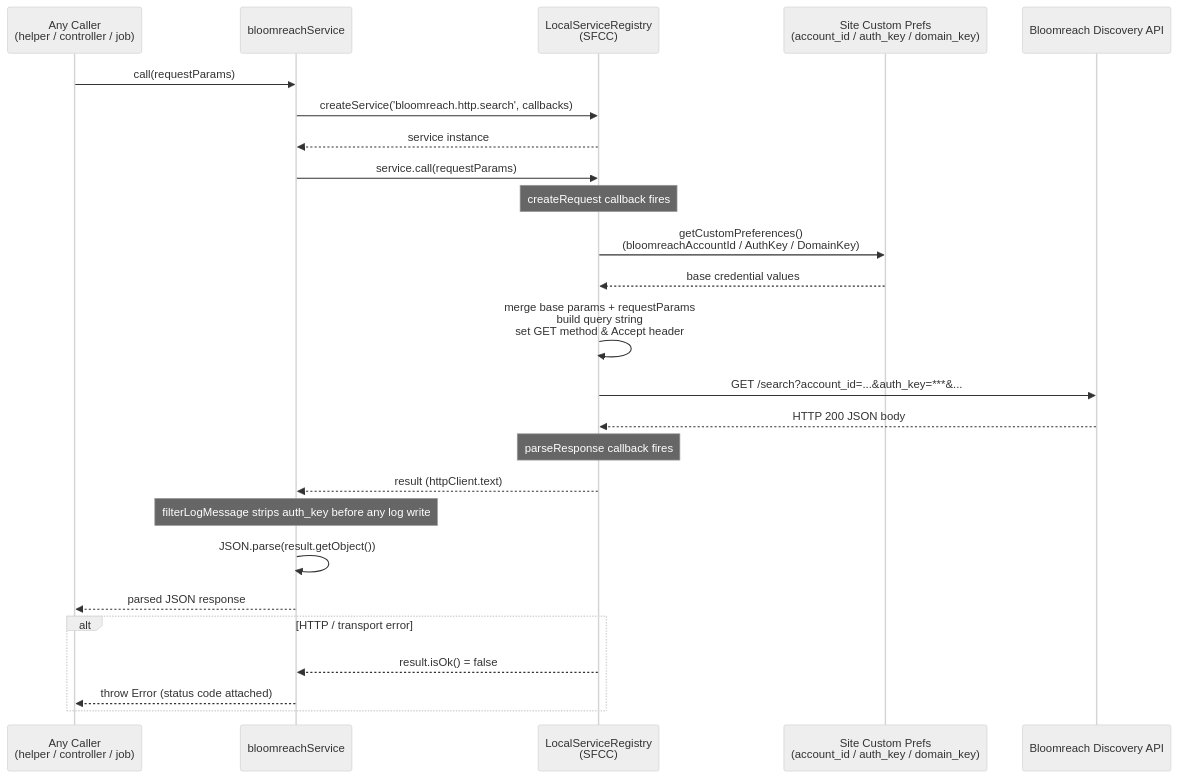
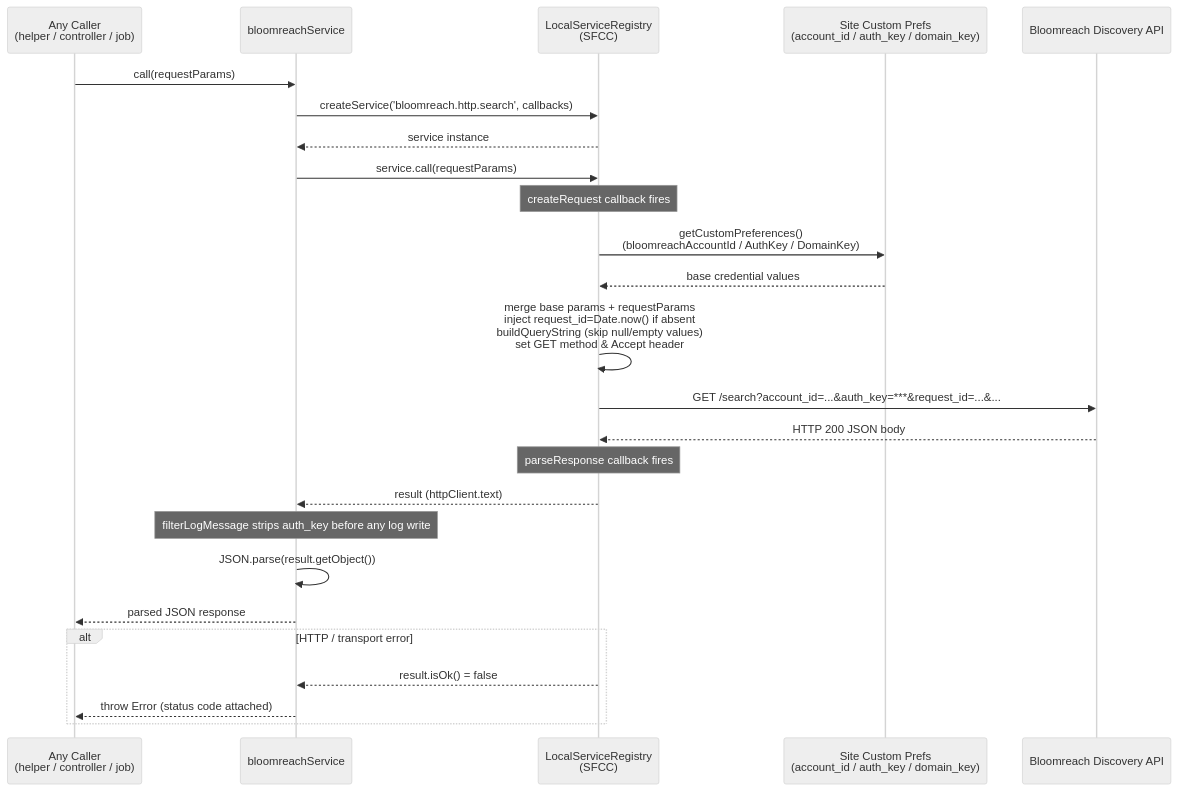
The first of 14 diagrams in docs/sequence-diagrams.md (Pushparajan/bloomreach-sfra), drawn with Mermaid (neutral theme) before and after one commit. The commit also changed other lines of this file, not shown here.

````diff
--- a/docs/sequence-diagrams.md
+++ b/docs/sequence-diagrams.md
@@ -14,33 +14,33 @@
 ```mermaid
 sequenceDiagram
     participant Caller as Any Caller<br/>(helper / controller / job)
     participant bloomreachService as bloomreachService
     participant SFCC_SvcReg as LocalServiceRegistry<br/>(SFCC)
     participant SitePrefs as Site Custom Prefs<br/>(account_id / auth_key / domain_key)
     participant BloomreachAPI as Bloomreach Discovery API
 
     Caller->>bloomreachService: call(requestParams)
     bloomreachService->>SFCC_SvcReg: createService('bloomreach.http.search', callbacks)
     SFCC_SvcReg-->>bloomreachService: service instance
 
     bloomreachService->>SFCC_SvcReg: service.call(requestParams)
     Note over SFCC_SvcReg: createRequest callback fires
     SFCC_SvcReg->>SitePrefs: getCustomPreferences()<br/>(bloomreachAccountId / AuthKey / DomainKey)
     SitePrefs-->>SFCC_SvcReg: base credential values
-    SFCC_SvcReg->>SFCC_SvcReg: merge base params + requestParams<br/>build query string<br/>set GET method & Accept header
+    SFCC_SvcReg->>SFCC_SvcReg: merge base params + requestParams<br/>inject request_id=Date.now() if absent<br/>buildQueryString (skip null/empty values)<br/>set GET method & Accept header
 
-    SFCC_SvcReg->>BloomreachAPI: GET /search?account_id=...&auth_key=***&...
+    SFCC_SvcReg->>BloomreachAPI: GET /search?account_id=...&auth_key=***&request_id=...&...
     BloomreachAPI-->>SFCC_SvcReg: HTTP 200 JSON body
 
     Note over SFCC_SvcReg: parseResponse callback fires
     SFCC_SvcReg-->>bloomreachService: result (httpClient.text)
     Note over bloomreachService: filterLogMessage strips auth_key before any log write
 
     bloomreachService->>bloomreachService: JSON.parse(result.getObject())
     bloomreachService-->>Caller: parsed JSON response
 
     alt HTTP / transport error
         SFCC_SvcReg-->>bloomreachService: result.isOk() = false
         bloomreachService-->>Caller: throw Error (status code attached)
     end
 ```
````
